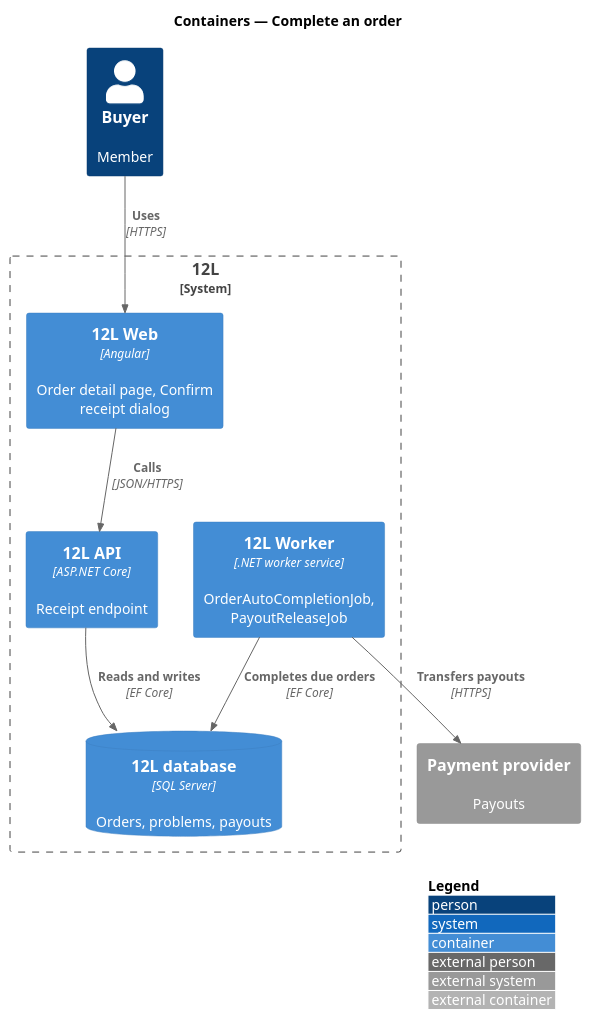
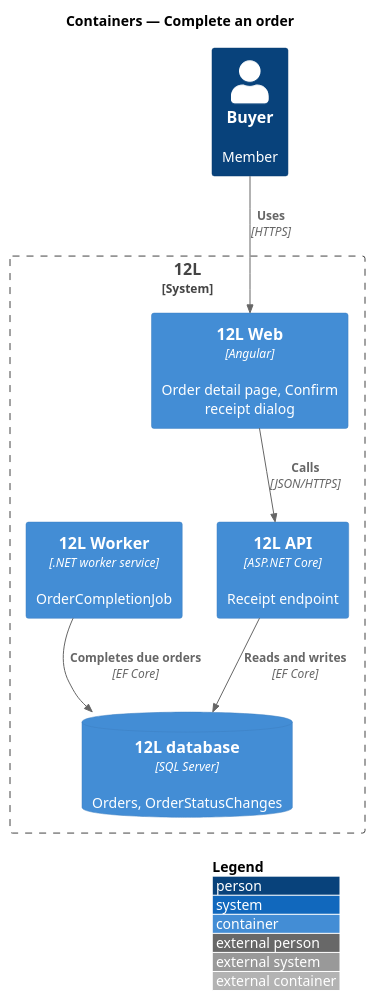
The diagram in docs/detailed-designs/orders/complete-order/diagrams/c4-container.puml (QuinntyneBrown/12l), drawn with PlantUML before and after one commit. The commit also changed 21 other files, not shown here.

```diff
--- a/docs/detailed-designs/orders/complete-order/diagrams/c4-container.puml
+++ b/docs/detailed-designs/orders/complete-order/diagrams/c4-container.puml
@@ -1,19 +1,17 @@
 @startuml
 !include <C4/C4_Container>
 LAYOUT_WITH_LEGEND()
 title Containers — Complete an order
 
 Person(buyer, "Buyer", "Member")
 System_Boundary(twelvel, "12L") {
   Container(web, "12L Web", "Angular", "Order detail page, Confirm receipt dialog")
   Container(api, "12L API", "ASP.NET Core", "Receipt endpoint")
-  Container(worker, "12L Worker", ".NET worker service", "OrderAutoCompletionJob, PayoutReleaseJob")
-  ContainerDb(db, "12L database", "SQL Server", "Orders, problems, payouts")
+  Container(worker, "12L Worker", ".NET worker service", "OrderCompletionJob")
+  ContainerDb(db, "12L database", "SQL Server", "Orders, OrderStatusChanges")
 }
-System_Ext(pay, "Payment provider", "Payouts")
 Rel(buyer, web, "Uses", "HTTPS")
 Rel(web, api, "Calls", "JSON/HTTPS")
 Rel(api, db, "Reads and writes", "EF Core")
 Rel(worker, db, "Completes due orders", "EF Core")
-Rel(worker, pay, "Transfers payouts", "HTTPS")
 @enduml
```
